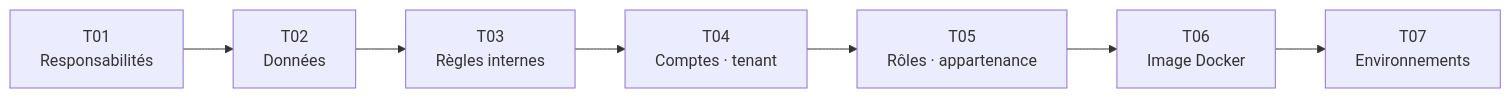
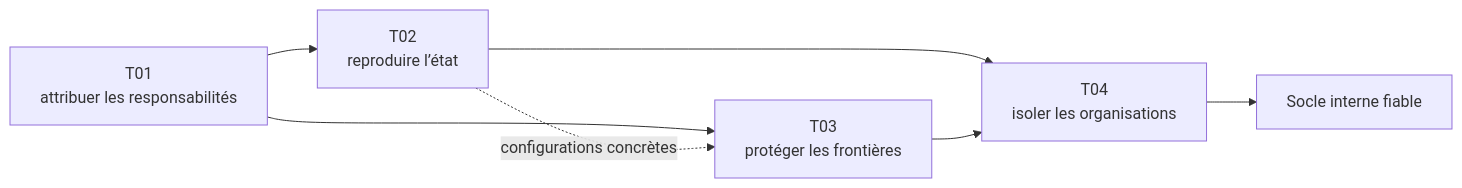
Before and after one commit to amrine/from-dev-to-architect: the second of 11 diagrams in slidev/pages/weeks/W001.md, drawn with Mermaid. The commit also changed other lines of this file and 3 other files, not shown here.

````diff
--- a/slidev/pages/weeks/W001.md
+++ b/slidev/pages/weeks/W001.md
@@ -481,9 +116,9 @@
-```mermaid {scale: 0.56}
+```mermaid {scale: 0.72}
 flowchart LR
-  T01["T01<br/>Responsabilités"] --> T02["T02<br/>Données"]
-  T02 --> T03["T03<br/>Règles internes"]
-  T03 --> T04["T04<br/>Comptes · tenant"]
-  T04 --> T05["T05<br/>Rôles · appartenance"]
-  T05 --> T06["T06<br/>Image Docker"]
-  T06 --> T07["T07<br/>Environnements"]
+  T1[T01<br/>attribuer les responsabilités] --> T2[T02<br/>reproduire l’état]
+  T1 --> T3[T03<br/>protéger les frontières]
+  T2 -. configurations concrètes .-> T3
+  T2 --> T4[T04<br/>isoler les organisations]
+  T3 --> T4
+  T4 --> W[Socle interne fiable]
 ```
````
